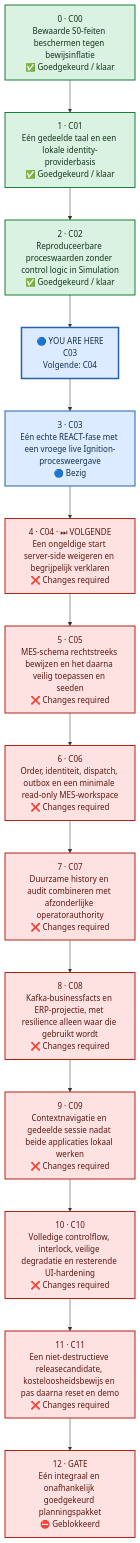
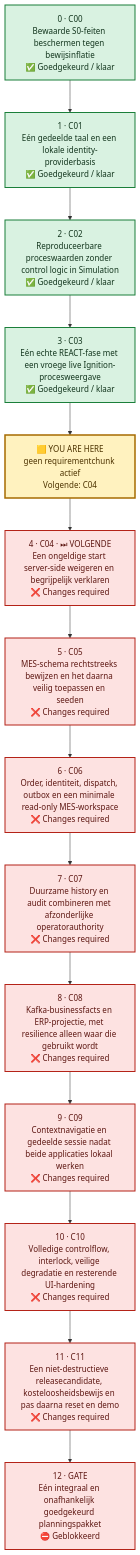
One commit to Jandesch91/n1-bioforge-requirements-cockpit changed the diagram in chunks.mmd. Above: the diagram before and after it, drawn with Mermaid. The commit also changed 4 other files, not shown here.

```diff
--- a/chunks.mmd
+++ b/chunks.mmd
@@ -1,39 +1,39 @@
 %%{init: {"flowchart": {"curve": "linear", "nodeSpacing": 55, "rankSpacing": 65, "htmlLabels": true}}}%%
 flowchart TB
     %% One vertical lane: order is explicit and no dependency arrows cross.
     chunk_0["0 · C00<br/>Bewaarde S0-feiten beschermen tegen bewijsinflatie<br/>✅ Goedgekeurd / klaar"]
     chunk_1["1 · C01<br/>Eén gedeelde taal en een lokale identity-providerbasis<br/>✅ Goedgekeurd / klaar"]
     chunk_2["2 · C02<br/>Reproduceerbare proceswaarden zonder control logic in Simulation<br/>✅ Goedgekeurd / klaar"]
-    chunk_3["3 · C03<br/>Eén echte REACT-fase met een vroege live Ignition-procesweergave<br/>🔵 Bezig"]
+    chunk_3["3 · C03<br/>Eén echte REACT-fase met een vroege live Ignition-procesweergave<br/>✅ Goedgekeurd / klaar"]
     chunk_4["4 · C04 · ⏭ VOLGENDE<br/>Een ongeldige start server-side weigeren en begrijpelijk verklaren<br/>❌ Changes required"]
     chunk_5["5 · C05<br/>MES-schema rechtstreeks bewijzen en het daarna veilig toepassen en seeden<br/>❌ Changes required"]
     chunk_6["6 · C06<br/>Order, identiteit, dispatch, outbox en een minimale read-only MES-workspace<br/>❌ Changes required"]
     chunk_7["7 · C07<br/>Duurzame history en audit combineren met afzonderlijke operatorauthority<br/>❌ Changes required"]
     chunk_8["8 · C08<br/>Kafka-businessfacts en ERP-projectie, met resilience alleen waar die gebruikt wordt<br/>❌ Changes required"]
     chunk_9["9 · C09<br/>Contextnavigatie en gedeelde sessie nadat beide applicaties lokaal werken<br/>❌ Changes required"]
     chunk_10["10 · C10<br/>Volledige controlflow, interlock, veilige degradatie en resterende UI-hardening<br/>❌ Changes required"]
     chunk_11["11 · C11<br/>Een niet-destructieve releasecandidate, kosteloosheidsbewijs en pas daarna reset en demo<br/>❌ Changes required"]
     chunk_12["12 · GATE<br/>Eén integraal en onafhankelijk goedgekeurd planningspakket<br/>⛔ Geblokkeerd"]
-    current_marker["🔵 YOU ARE HERE<br/>C03<br/>Volgende: C04"]
-    chunk_0 --> chunk_1 --> chunk_2 --> current_marker --> chunk_3 --> chunk_4 --> chunk_5 --> chunk_6 --> chunk_7 --> chunk_8 --> chunk_9 --> chunk_10 --> chunk_11 --> chunk_12
+    current_marker["🟨 YOU ARE HERE<br/>geen requirementchunk actief<br/>Volgende: C04"]
+    chunk_0 --> chunk_1 --> chunk_2 --> chunk_3 --> current_marker --> chunk_4 --> chunk_5 --> chunk_6 --> chunk_7 --> chunk_8 --> chunk_9 --> chunk_10 --> chunk_11 --> chunk_12
     classDef approved fill:#D9F2E1,stroke:#1B7F3A,color:#12351D,stroke-width:2px
     classDef inprogress fill:#DCEBFF,stroke:#2463A6,color:#12304F,stroke-width:2px
     classDef human fill:#FFF2BF,stroke:#A66B00,color:#4D3300,stroke-width:2px
     classDef changes fill:#FDE2E1,stroke:#B42318,color:#5D1712,stroke-width:2px
     classDef blocked fill:#FDE2E1,stroke:#B42318,color:#5D1712,stroke-width:2px
     classDef notstarted fill:#F2F4F7,stroke:#667085,color:#344054,stroke-width:2px
-    classDef current fill:#DCEBFF,stroke:#2463A6,color:#12304F,stroke-width:3px
+    classDef current fill:#FFF2BF,stroke:#A66B00,color:#4D3300,stroke-width:3px
     class chunk_0 approved
     class chunk_1 approved
     class chunk_2 approved
-    class chunk_3 inprogress
+    class chunk_3 approved
     class chunk_4 changes
     class chunk_5 changes
     class chunk_6 changes
     class chunk_7 changes
     class chunk_8 changes
     class chunk_9 changes
     class chunk_10 changes
     class chunk_11 changes
     class chunk_12 blocked
     class current_marker current
```
